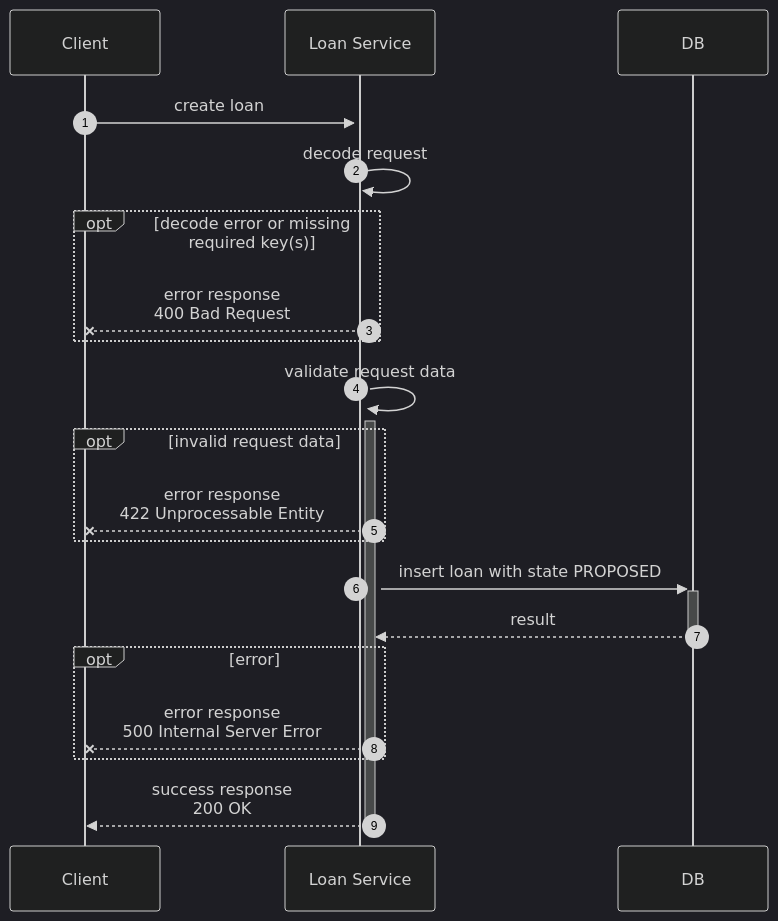
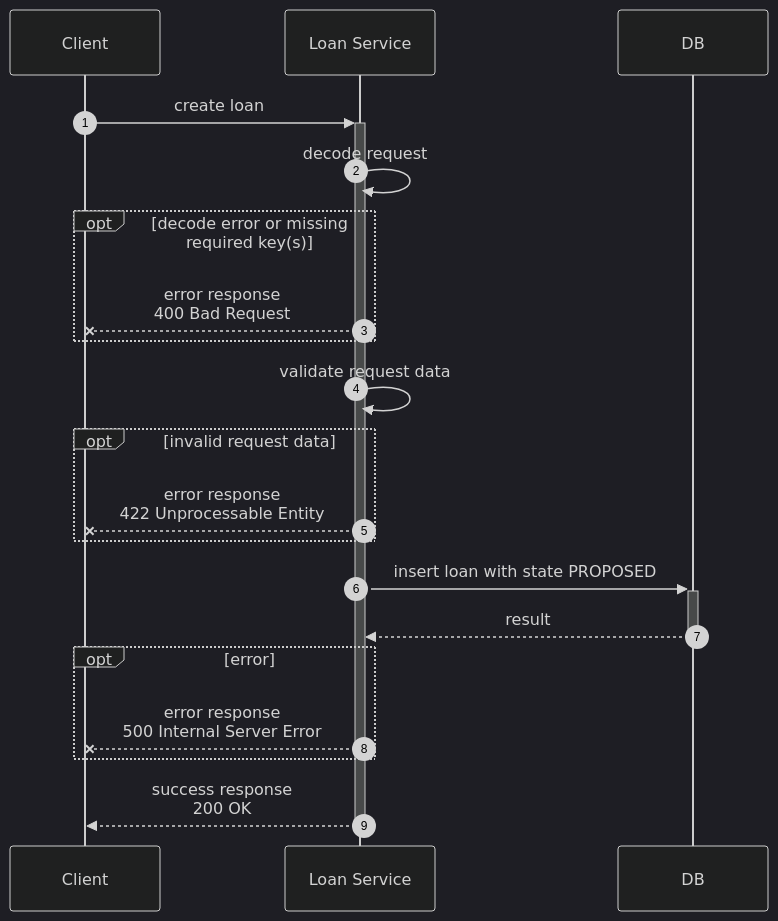
One commit to angelynz95/amartha-loan-service changed the third of 6 diagrams in README.md. Above: the diagram before and after it, drawn with Mermaid (dark theme). The commit also changed other lines of this file, not shown here.

Commit message:
TDD: Add sequence diagram of Approve Loan, Get Loans, Get Loan

````diff
--- a/README.md
+++ b/README.md
@@ -209,28 +209,28 @@
 ```mermaid
 sequenceDiagram
     autonumber
 
     participant client as Client
     participant loan as Loan Service
     participant db as DB
 
     client->>+loan: create loan
 
-    loan->>+loan: decode request
+    loan->>loan: decode request
     opt decode error or missing required key(s)
         loan--xclient: error response<br/>400 Bad Request
     end
 
-    loan->>+loan: validate request data
+    loan->>loan: validate request data
     opt invalid request data
         loan--xclient: error response<br/>422 Unprocessable Entity
     end
 
     loan->>+db: insert loan with state PROPOSED
     db-->>-loan: result
     opt error
         loan--xclient: error response<br/>500 Internal Server Error
     end
 
     loan-->>-client: success response<br>200 OK
 ```
````
